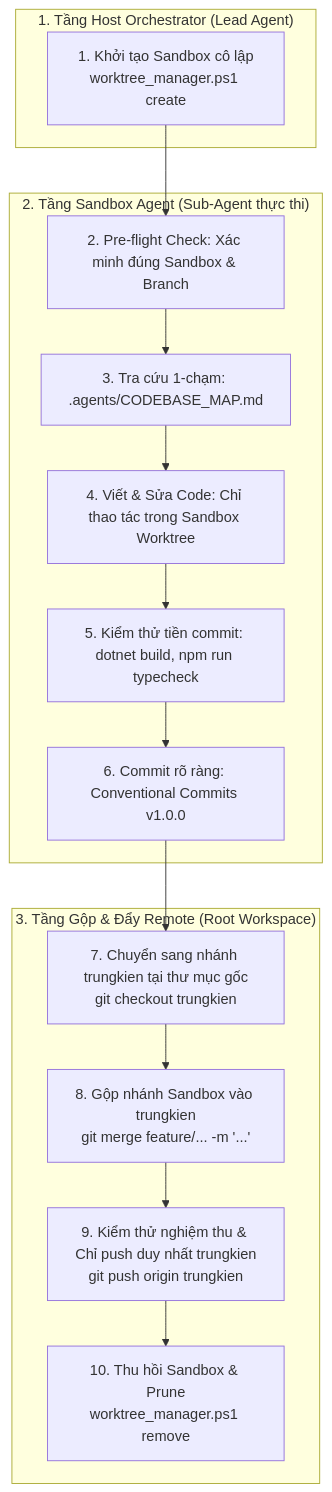
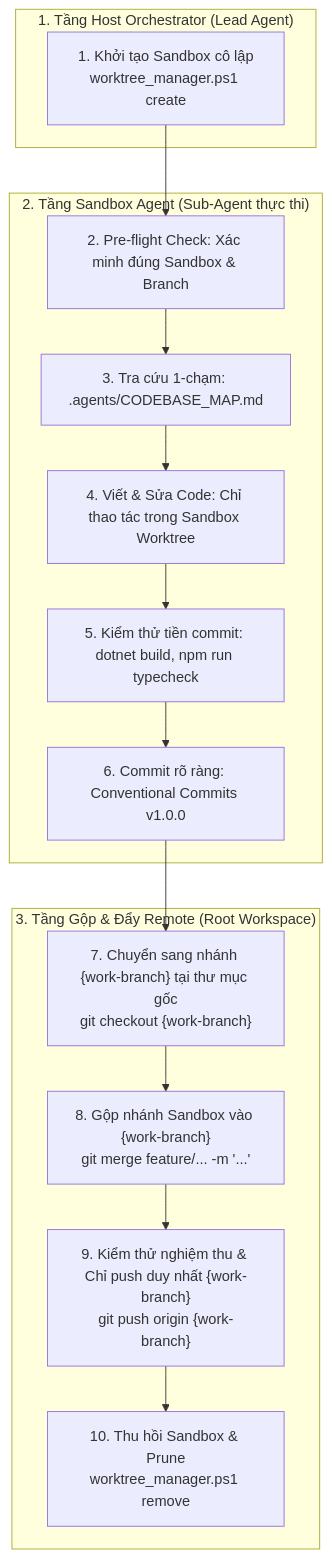
The second of 2 diagrams in .agents/WORKTREE_AGENT_INSTRUCTIONS.md (tkiennt/panelforge-hubs), drawn with Mermaid before and after one commit. The commit also changed other lines of this file and 6 other files, not shown here.

First line of the commit message:
docs(config): let each developer choose a per-machine work branch

````diff
--- a/.agents/WORKTREE_AGENT_INSTRUCTIONS.md
+++ b/.agents/WORKTREE_AGENT_INSTRUCTIONS.md
@@ -65,23 +65,23 @@
 ```mermaid
 flowchart TD
     subgraph HostLevel ["1. Tầng Host Orchestrator (Lead Agent)"]
         H1["1. Khởi tạo Sandbox cô lập<br/>worktree_manager.ps1 create"]
     end
 
     subgraph SandboxLevel ["2. Tầng Sandbox Agent (Sub-Agent thực thi)"]
         S1["2. Pre-flight Check: Xác minh đúng Sandbox & Branch"]
         S2["3. Tra cứu 1-chạm: .agents/CODEBASE_MAP.md"]
         S3["4. Viết & Sửa Code: Chỉ thao tác trong Sandbox Worktree"]
         S4["5. Kiểm thử tiền commit: dotnet build, npm run typecheck"]
         S5["6. Commit rõ ràng: Conventional Commits v1.0.0"]
     end
 
     subgraph IntegrationLevel ["3. Tầng Gộp & Đẩy Remote (Root Workspace)"]
-        I1["7. Chuyển sang nhánh trungkien tại thư mục gốc<br/>git checkout trungkien"]
-        I2["8. Gộp nhánh Sandbox vào trungkien<br/>git merge feature/... -m '...'"]
-        I3["9. Kiểm thử nghiệm thu & Chỉ push duy nhất trungkien<br/>git push origin trungkien"]
+        I1["7. Chuyển sang nhánh {work-branch} tại thư mục gốc<br/>git checkout {work-branch}"]
+        I2["8. Gộp nhánh Sandbox vào {work-branch}<br/>git merge feature/... -m '...'"]
+        I3["9. Kiểm thử nghiệm thu & Chỉ push duy nhất {work-branch}<br/>git push origin {work-branch}"]
         I4["10. Thu hồi Sandbox & Prune<br/>worktree_manager.ps1 remove"]
     end
 
     H1 --> S1 --> S2 --> S3 --> S4 --> S5 --> I1 --> I2 --> I3 --> I4
 ```
````
